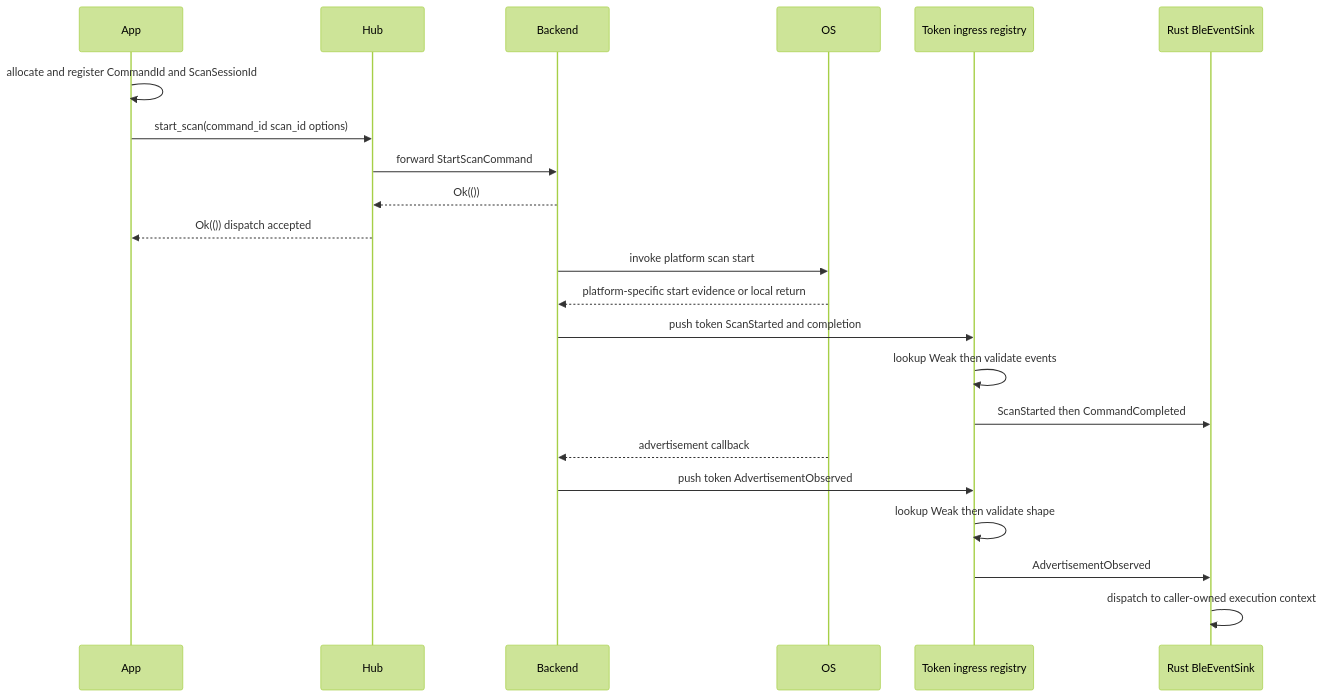
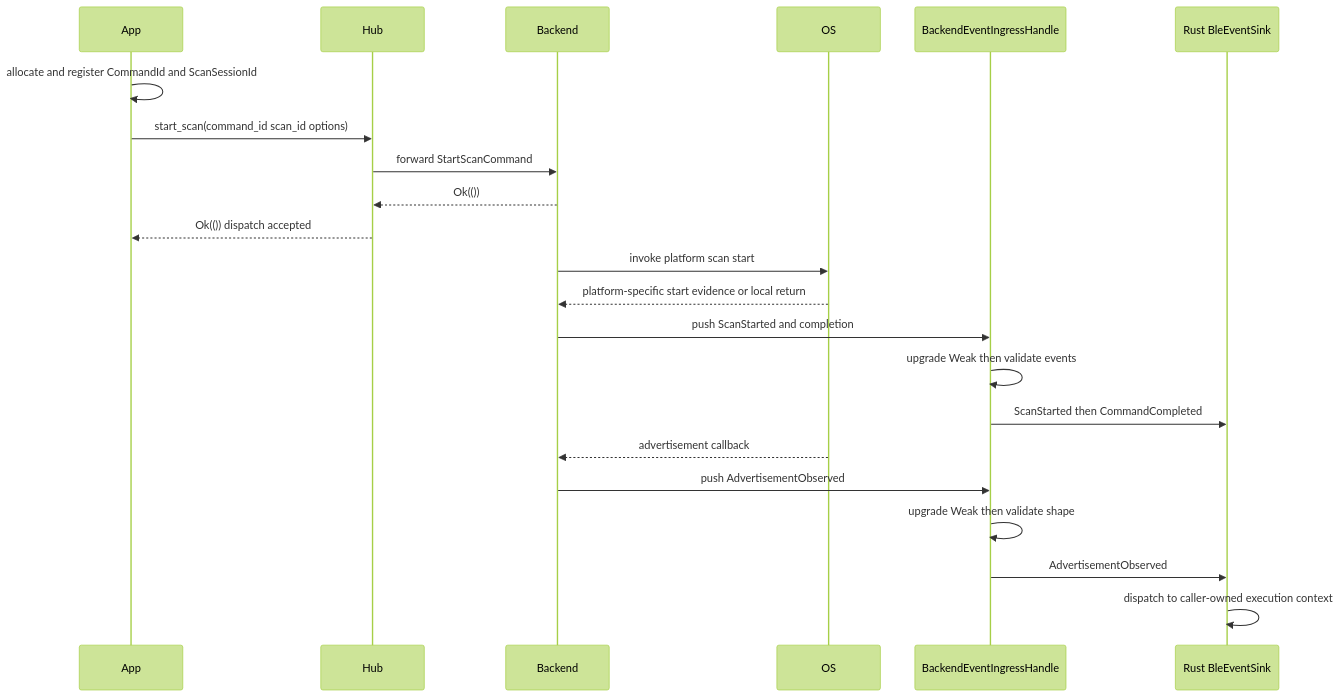
The sixth of 9 diagrams in .plan/PLAN.md (VIDLG/blengine), drawn with Mermaid (forest theme) before and after one commit. The commit also changed other lines of this file and 73 other files, not shown here.

````diff
--- a/.plan/PLAN.md
+++ b/.plan/PLAN.md
@@ -1612,25 +1596,25 @@
 ```mermaid
 sequenceDiagram
     participant App
     participant Hub
     participant Backend
     participant OS
-    participant Ingress as Token ingress registry
+    participant Ingress as BackendEventIngressHandle
     participant Output as Rust BleEventSink
 
     App->>App: allocate and register CommandId and ScanSessionId
     App->>Hub: start_scan(command_id scan_id options)
     Hub->>Backend: forward StartScanCommand
     Backend-->>Hub: Ok(())
     Hub-->>App: Ok(()) dispatch accepted
     Backend->>OS: invoke platform scan start
     OS-->>Backend: platform-specific start evidence or local return
-    Backend->>Ingress: push token ScanStarted and completion
-    Ingress->>Ingress: lookup Weak then validate events
+    Backend->>Ingress: push ScanStarted and completion
+    Ingress->>Ingress: upgrade Weak then validate events
     Ingress->>Output: ScanStarted then CommandCompleted
     OS-->>Backend: advertisement callback
-    Backend->>Ingress: push token AdvertisementObserved
-    Ingress->>Ingress: lookup Weak then validate shape
+    Backend->>Ingress: push AdvertisementObserved
+    Ingress->>Ingress: upgrade Weak then validate shape
     Ingress->>Output: AdvertisementObserved
     Output->>Output: dispatch to caller-owned execution context
 ```
````
